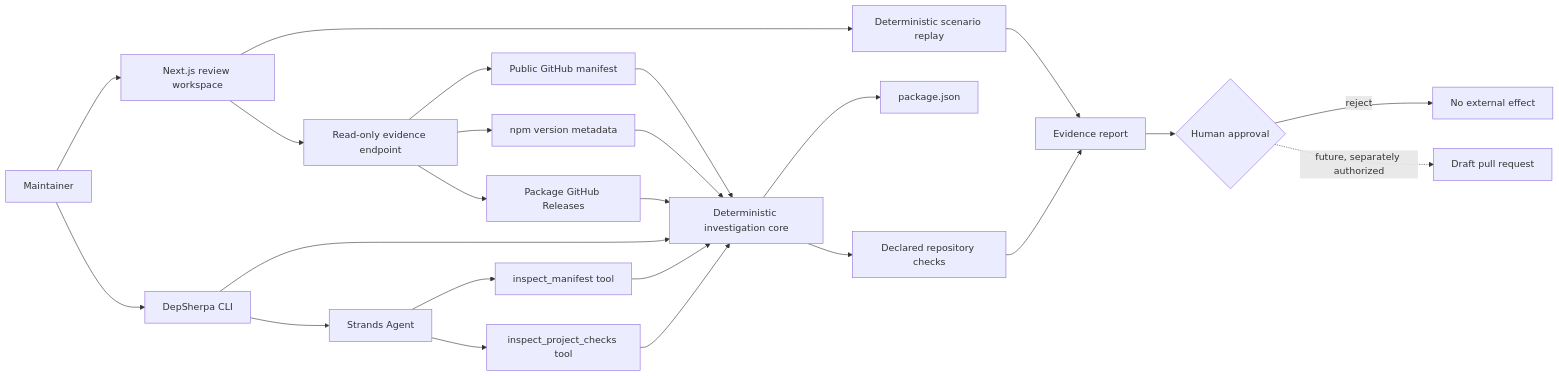
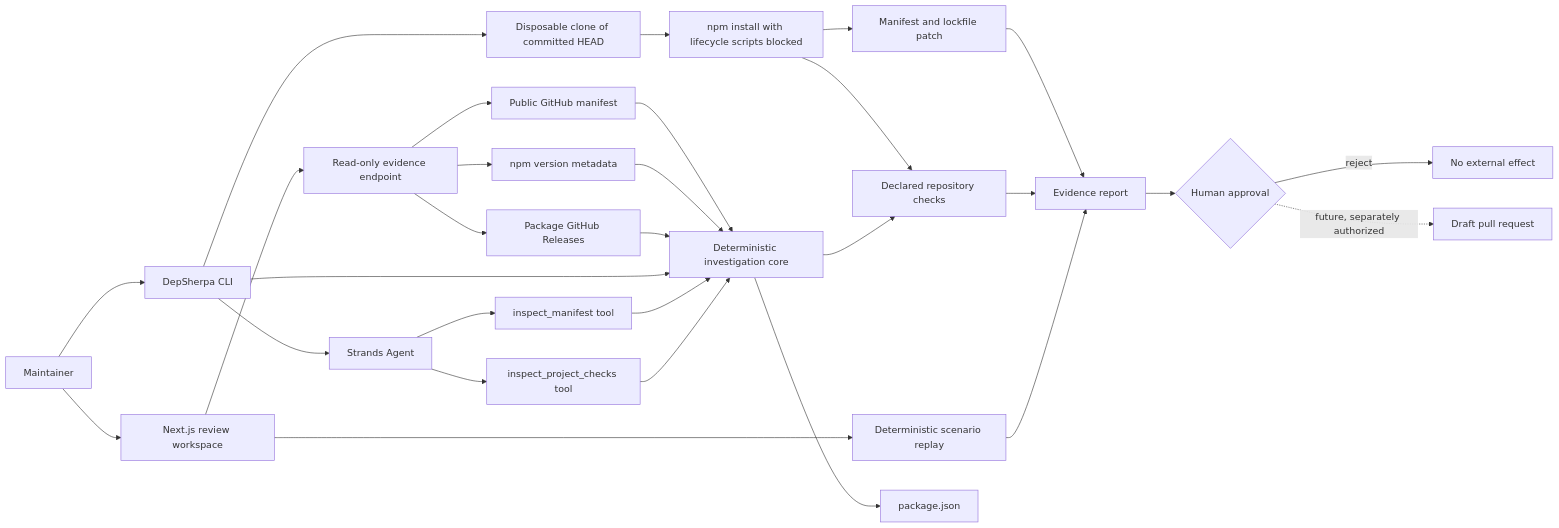
The diagram in docs/ARCHITECTURE.md (cfngc4594/dep-sherpa), drawn with Mermaid before and after one commit. The commit also changed other lines of this file and 13 other files, not shown here.

````diff
--- a/docs/ARCHITECTURE.md
+++ b/docs/ARCHITECTURE.md
@@ -5,26 +5,31 @@
 ```mermaid
 flowchart LR
     U[Maintainer] --> UI[Next.js review workspace]
     U --> CLI[DepSherpa CLI]
     UI --> DEMO[Deterministic scenario replay]
     UI --> API[Read-only evidence endpoint]
     API --> GH[Public GitHub manifest]
     API --> NPM[npm version metadata]
     API --> REL[Package GitHub Releases]
     GH --> CORE
     NPM --> CORE
     REL --> CORE
+    CLI --> ISO[Disposable clone of committed HEAD]
+    ISO --> NPMRUN[npm install with lifecycle scripts blocked]
+    NPMRUN --> CHECKS
+    NPMRUN --> PATCH[Manifest and lockfile patch]
+    PATCH --> REPORT
     CLI --> CORE[Deterministic investigation core]
     CLI --> AGENT[Strands Agent]
     AGENT --> T1[inspect_manifest tool]
     AGENT --> T2[inspect_project_checks tool]
     T1 --> CORE
     T2 --> CORE
     CORE --> MANIFEST[package.json]
     CORE --> CHECKS[Declared repository checks]
     CHECKS --> REPORT[Evidence report]
     DEMO --> REPORT
     REPORT --> GATE{Human approval}
     GATE -->|reject| STOP[No external effect]
     GATE -.->|future, separately authorized| PR[Draft pull request]
 ```
````
